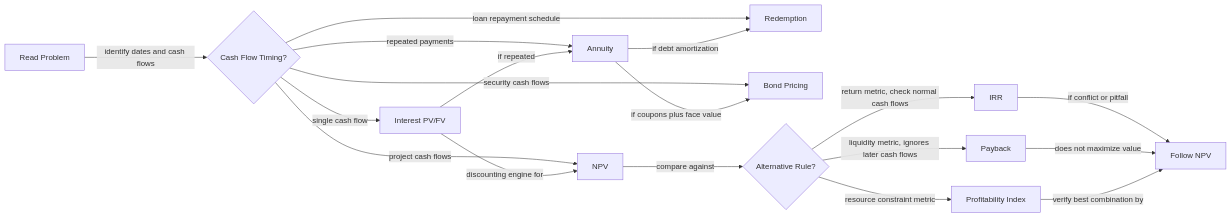
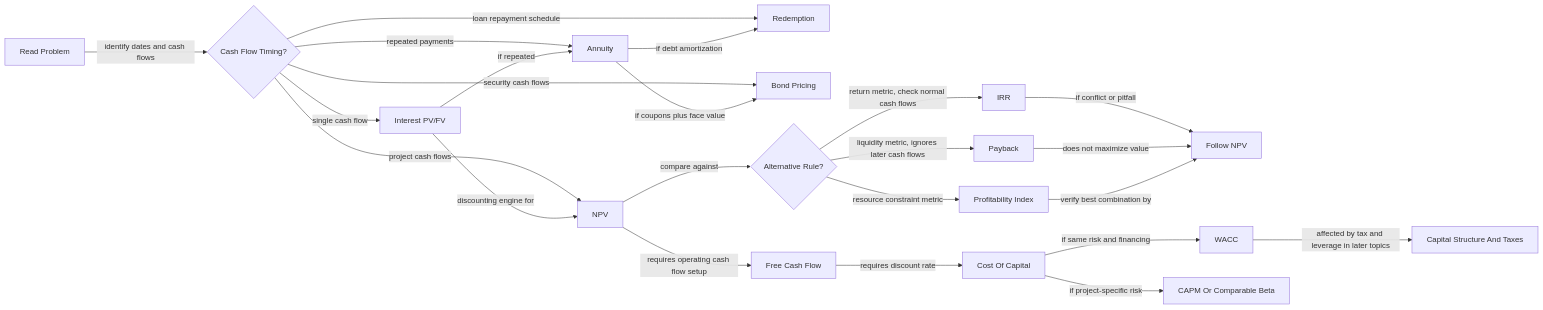
One commit to aerkn1/TUM-semester-2 changed the second of 2 diagrams in finance-and-investment-management/wiki/_course-knowledge-graph.md. Above: the diagram before and after it, drawn with Mermaid. The commit also changed other lines of this file and 30 other files, not shown here.

````diff
--- a/finance-and-investment-management/wiki/_course-knowledge-graph.md
+++ b/finance-and-investment-management/wiki/_course-knowledge-graph.md
@@ -85,20 +125,25 @@
 ```mermaid
 graph LR
     A[Read Problem] -->|identify dates and cash flows| B{Cash Flow Timing?}
     B -->|single cash flow| C[Interest PV/FV]
     B -->|repeated payments| D[Annuity]
     B -->|loan repayment schedule| E[Redemption]
     B -->|security cash flows| F[Bond Pricing]
     B -->|project cash flows| G[NPV]
     C -->|if repeated| D
     D -->|if debt amortization| E
     D -->|if coupons plus face value| F
     C -->|discounting engine for| G
     G -->|compare against| H{Alternative Rule?}
     H -->|return metric, check normal cash flows| IRR[IRR]
     H -->|liquidity metric, ignores later cash flows| PB[Payback]
     H -->|resource constraint metric| PI[Profitability Index]
     IRR -->|if conflict or pitfall| NPV[Follow NPV]
     PB -->|does not maximize value| NPV
     PI -->|verify best combination by| NPV
+    G -->|requires operating cash flow setup| FCF[Free Cash Flow]
+    FCF -->|requires discount rate| COC[Cost Of Capital]
+    COC -->|if same risk and financing| WACC[WACC]
+    COC -->|if project-specific risk| CAPM[CAPM Or Comparable Beta]
+    WACC -->|affected by tax and leverage in later topics| CSTAX[Capital Structure And Taxes]
 ```
````
